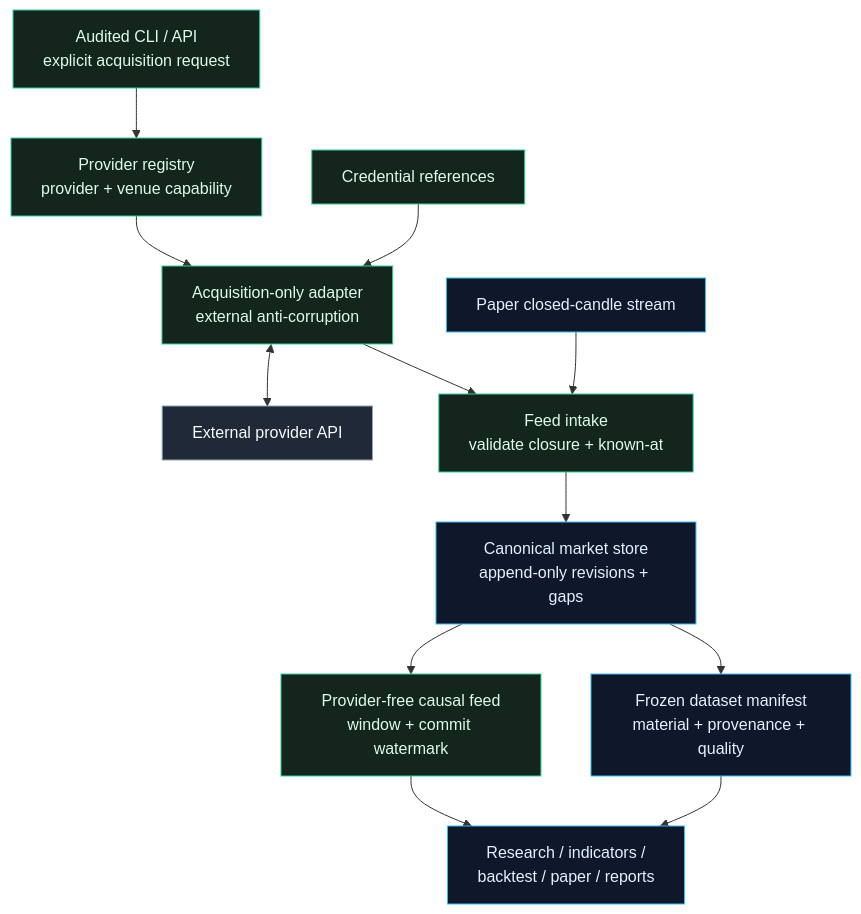
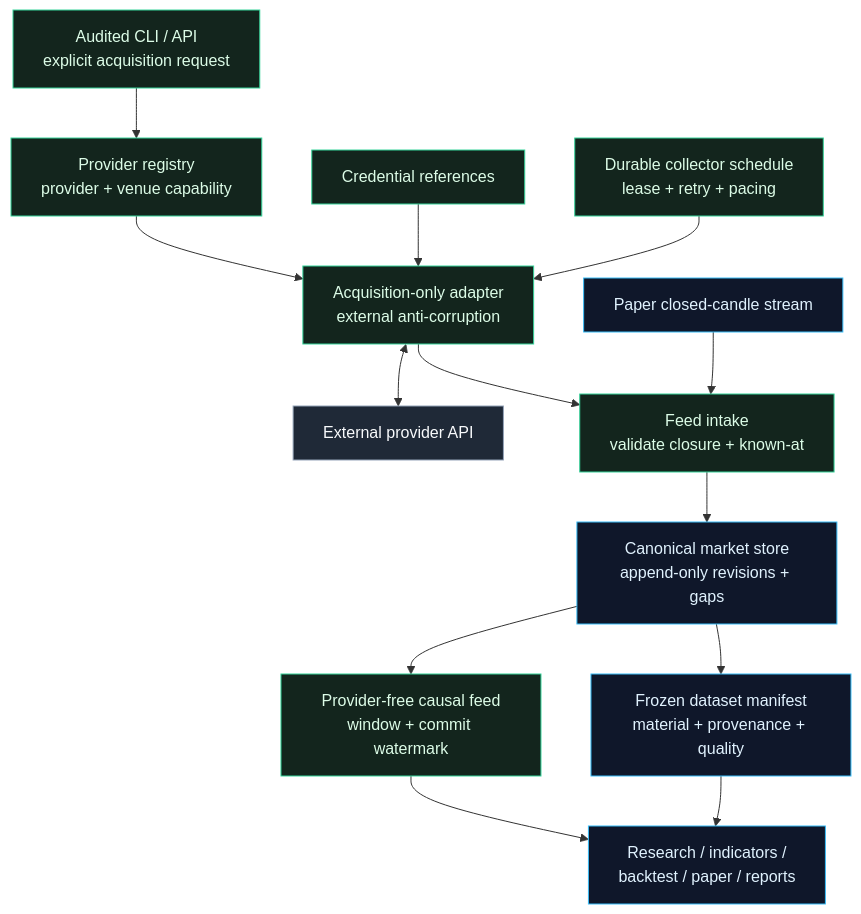
The diagram in docs/architecture/data/diagrams/data-boundary-flow.mmd (elijahbrookss/quant-trad), drawn with Mermaid before and after one commit. The commit also changed 53 other files, not shown here.

```diff
--- a/docs/architecture/data/diagrams/data-boundary-flow.mmd
+++ b/docs/architecture/data/diagrams/data-boundary-flow.mmd
@@ -1,31 +1,33 @@
 flowchart TD
     request["Audited CLI / API<br/>explicit acquisition request"]
     registry["Provider registry<br/>provider + venue capability"]
     adapter["Acquisition-only adapter<br/>external anti-corruption"]
     credentials["Credential references"]
     api["External provider API"]
     normalize["Feed intake<br/>validate closure + known-at"]
     stream["Paper closed-candle stream"]
+    scheduler["Durable collector schedule<br/>lease + retry + pacing"]
     store["Canonical market store<br/>append-only revisions + gaps"]
     feed["Provider-free causal feed<br/>window + commit watermark"]
     dataset["Frozen dataset manifest<br/>material + provenance + quality"]
     consumers["Research / indicators /<br/>backtest / paper / reports"]
 
     request --> registry
     registry --> adapter
     credentials --> adapter
     adapter <--> api
     adapter --> normalize
     stream --> normalize
+    scheduler --> adapter
     normalize --> store
     store --> feed
     store --> dataset
     feed --> consumers
     dataset --> consumers
 
     classDef boundary fill:#13251d,stroke:#34d399,color:#dcfce7
     classDef truth fill:#0f172a,stroke:#38bdf8,color:#e0f2fe
     classDef external fill:#1f2937,stroke:#94a3b8,color:#f8fafc
-    class request,registry,adapter,credentials,normalize,feed boundary
+    class request,registry,adapter,credentials,normalize,feed,scheduler boundary
     class stream,store,dataset,consumers truth
     class api external
```
